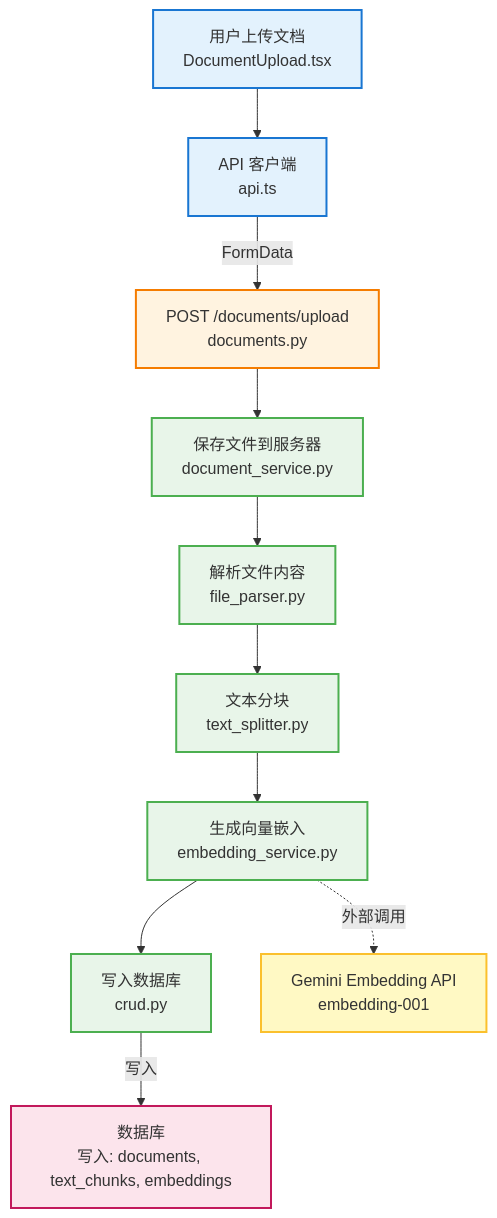
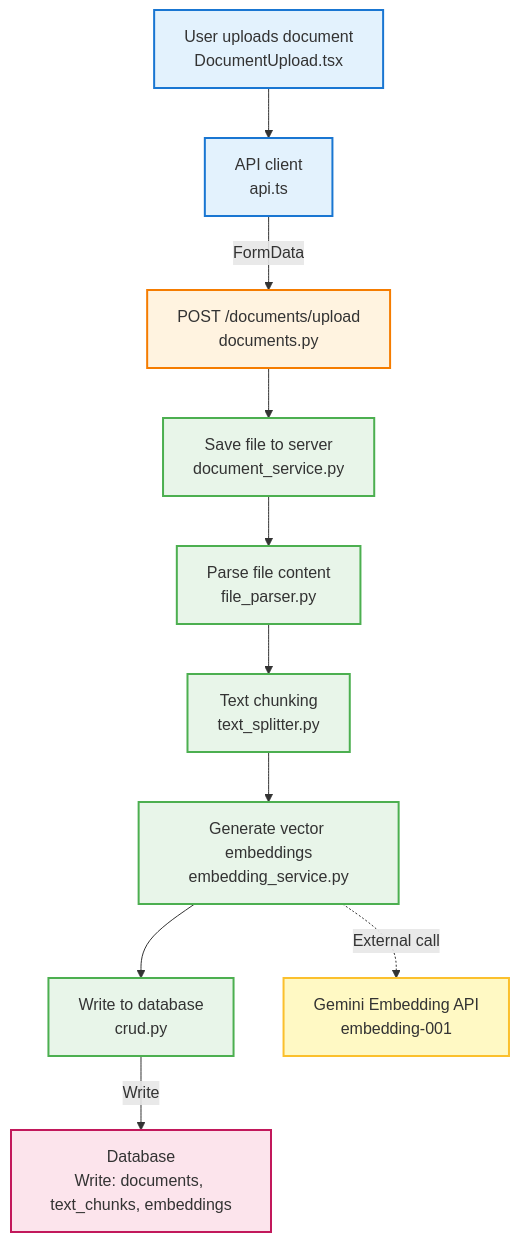
The second of 3 diagrams in README.md (vincentvicente/rag-document-chat), drawn with Mermaid before and after one commit. The commit also changed other lines of this file and 15 other files, not shown here.

````diff
--- a/README.md
+++ b/README.md
@@ -408,36 +408,36 @@
 ```mermaid
 graph TB
-    Start1["用户上传文档<br/>DocumentUpload.tsx"]
-    API1["API 客户端<br/>api.ts"]
+    Start1["User uploads document<br/>DocumentUpload.tsx"]
+    API1["API client<br/>api.ts"]
     EP1["POST /documents/upload<br/>documents.py"]
     
-    S1["保存文件到服务器<br/>document_service.py"]
-    S2["解析文件内容<br/>file_parser.py"]
-    S3["文本分块<br/>text_splitter.py"]
-    S4["生成向量嵌入<br/>embedding_service.py"]
-    S5["写入数据库<br/>crud.py"]
+    S1["Save file to server<br/>document_service.py"]
+    S2["Parse file content<br/>file_parser.py"]
+    S3["Text chunking<br/>text_splitter.py"]
+    S4["Generate vector embeddings<br/>embedding_service.py"]
+    S5["Write to database<br/>crud.py"]
     
     Gemini1["Gemini Embedding API<br/>embedding-001"]
-    DB1["数据库<br/>写入: documents, text_chunks, embeddings"]
+    DB1["Database<br/>Write: documents, text_chunks, embeddings"]
     
     Start1 --> API1
     API1 -->|FormData| EP1
     EP1 --> S1
     S1 --> S2
     S2 --> S3
     S3 --> S4
-    S4 -.->|外部调用| Gemini1
+    S4 -.->|External call| Gemini1
     S4 --> S5
-    S5 -->|写入| DB1
+    S5 -->|Write| DB1
     
     style Start1 fill:#e3f2fd,stroke:#1976d2,stroke-width:2px
     style API1 fill:#e3f2fd,stroke:#1976d2,stroke-width:2px
     style EP1 fill:#fff3e0,stroke:#f57c00,stroke-width:2px
     style S1 fill:#e8f5e9,stroke:#4caf50,stroke-width:2px
     style S2 fill:#e8f5e9,stroke:#4caf50,stroke-width:2px
     style S3 fill:#e8f5e9,stroke:#4caf50,stroke-width:2px
     style S4 fill:#e8f5e9,stroke:#4caf50,stroke-width:2px
     style S5 fill:#e8f5e9,stroke:#4caf50,stroke-width:2px
     style Gemini1 fill:#fff9c4,stroke:#fbc02d,stroke-width:2px
     style DB1 fill:#fce4ec,stroke:#c2185b,stroke-width:2px
 ```
````
